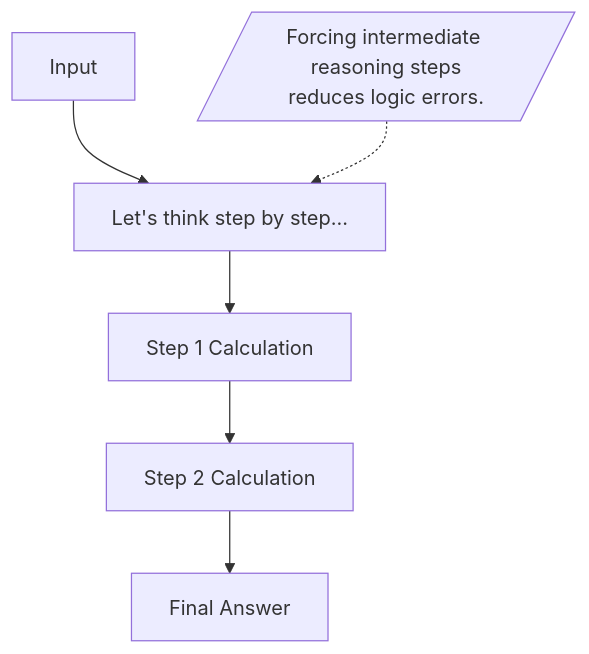
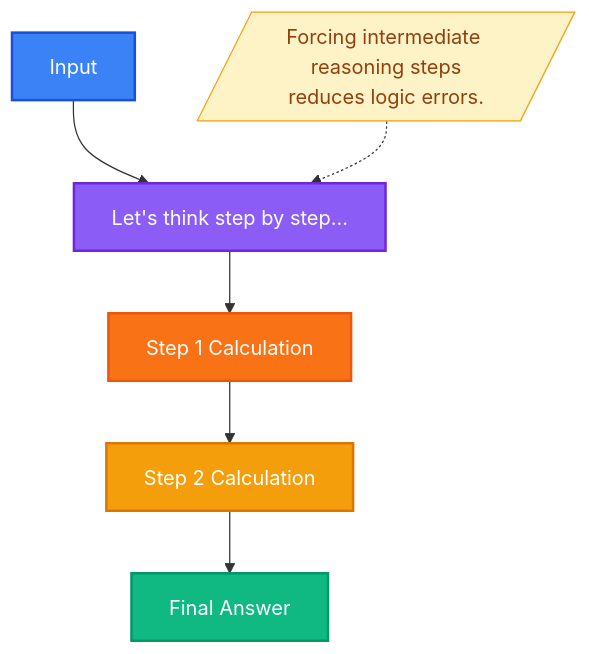
The first of 2 diagrams in prompting-techniques.md (asvignesh-qae/gen-ai), drawn with Mermaid before and after one commit. The commit also changed other lines of this file and 1 other file, not shown here.

````diff
--- a/prompting-techniques.md
+++ b/prompting-techniques.md
@@ -131,10 +131,17 @@
 ```mermaid
 flowchart TD
     A[Input] --> B["Let's think step by step..."]
     B --> C[Step 1 Calculation]
     C --> D[Step 2 Calculation]
     D --> E[Final Answer]
 
     Note1[/"Forcing intermediate reasoning steps<br/>reduces logic errors."/]
     Note1 -.-> B
+
+    style A fill:#3B82F6,stroke:#1D4ED8,color:#FFFFFF,stroke-width:2px
+    style B fill:#8B5CF6,stroke:#6D28D9,color:#FFFFFF,stroke-width:2px
+    style C fill:#F97316,stroke:#EA580C,color:#FFFFFF,stroke-width:2px
+    style D fill:#F59E0B,stroke:#D97706,color:#FFFFFF,stroke-width:2px
+    style E fill:#10B981,stroke:#059669,color:#FFFFFF,stroke-width:2px
+    style Note1 fill:#FEF3C7,stroke:#F59E0B,color:#92400E,stroke-width:1px
 ```
````
